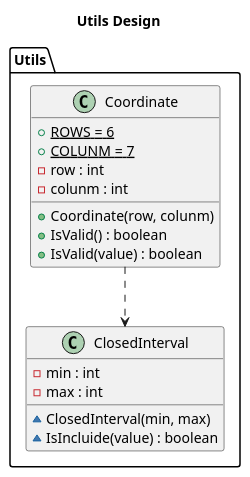
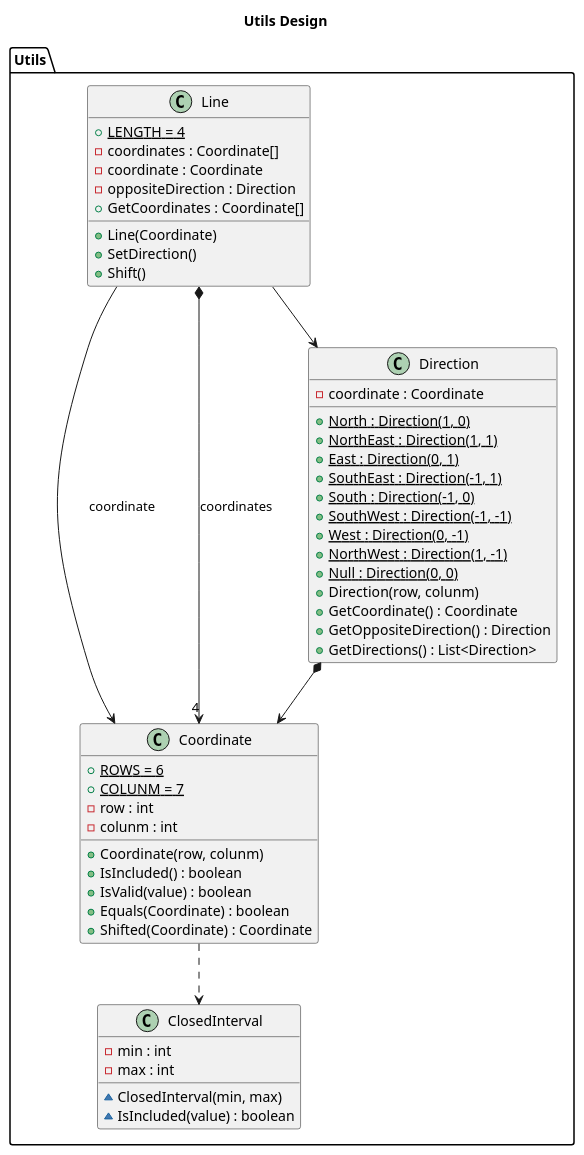
The seventh of 7 diagrams in src/Connect4/DocumentView/WithFactoryMethod/Docs/Design.plantuml (franpaulinoinfante/MasterSoftwareDevelopment), drawn with PlantUML before and after one commit. The commit also changed other lines of this file and 28 other files, not shown here.

```diff
--- a/src/Connect4/DocumentView/WithFactoryMethod/Docs/Design.plantuml
+++ b/src/Connect4/DocumentView/WithFactoryMethod/Docs/Design.plantuml
@@ -332,22 +338,59 @@
 @startuml UtilsDesign
 title Utils Design
 package Utils{
     class Coordinate{
         +{static}ROWS = 6
         +{static}COLUNM = 7
         -row : int
         -colunm : int
         +Coordinate(row, colunm)
-        +IsValid() : boolean
+        +IsIncluded() : boolean
         +IsValid(value) : boolean
+        +Equals(Coordinate) : boolean
+        +Shifted(Coordinate) : Coordinate
     }
     Coordinate ..> ClosedInterval
 
     class ClosedInterval{
         -min : int
         -max : int
         ~ClosedInterval(min, max)
-        ~IsIncluide(value) : boolean
+        ~IsIncluded(value) : boolean
     }
+
+    class Direction{
+        +{static}North : Direction(1, 0)
+        +{static}NorthEast : Direction(1, 1)
+        +{static}East : Direction(0, 1)
+        +{static}SouthEast : Direction(-1, 1)
+        +{static}South : Direction(-1, 0)
+        +{static}SouthWest : Direction(-1, -1)
+        +{static}West : Direction(0, -1)
+        +{static}NorthWest : Direction(1, -1)
+        +{static}Null : Direction(0, 0)
+
+        -coordinate : Coordinate
+        +Direction(row, colunm)
+        +GetCoordinate() : Coordinate
+        +GetOppositeDirection() : Direction
+        +GetDirections() : List<Direction>
+    }
+    Direction *--> Coordinate
+
+
+    class Line{
+        +{static}LENGTH = 4
+        -coordinates : Coordinate[]
+        -coordinate : Coordinate
+        -oppositeDirection : Direction
+        +Line(Coordinate)
+        +GetCoordinates : Coordinate[]
+        +SetDirection()
+        +Shift()
+    }
+    Line --> Coordinate : coordinate
+    Line *--> "4" Coordinate : coordinates
+    Line --> Direction
+
 }
 @enduml
```
